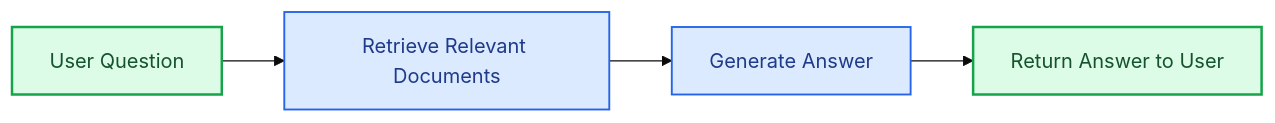
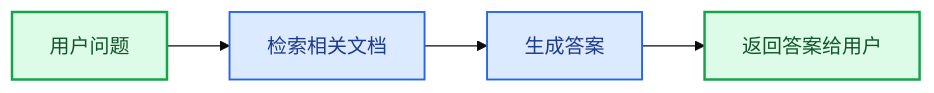
One commit to kunfan96/cndocs-langchain changed the second of 4 diagrams in oss/javascript/langchain/retrieval.mdx. Above: the diagram before and after it, drawn with Mermaid (base theme). The commit also changed other lines of this file and 288 other files, not shown here.

````diff
--- a/oss/javascript/langchain/retrieval.mdx
+++ b/oss/javascript/langchain/retrieval.mdx
@@ -125,13 +125,13 @@
 ```mermaid
 graph LR
-    A[User Question] --> B["Retrieve Relevant Documents"]
-    B --> C["Generate Answer"]
-    C --> D[Return Answer to User]
+    A[用户问题] --> B["检索相关文档"]
+    B --> C["生成答案"]
+    C --> D[返回答案给用户]
 
     %% Styling
     classDef startend fill:#DCFCE7,stroke:#16A34A,stroke-width:2px,color:#14532D
     classDef process fill:#DBEAFE,stroke:#2563EB,stroke-width:1.5px,color:#1E3A8A
 
     class A,D startend
     class B,C process
 ```
````
